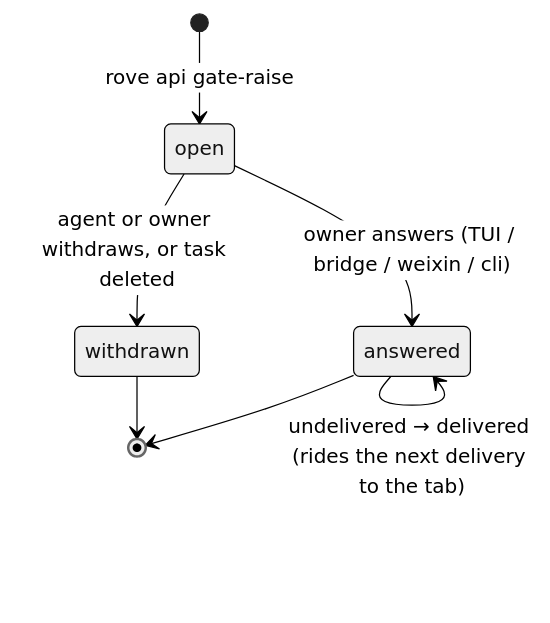
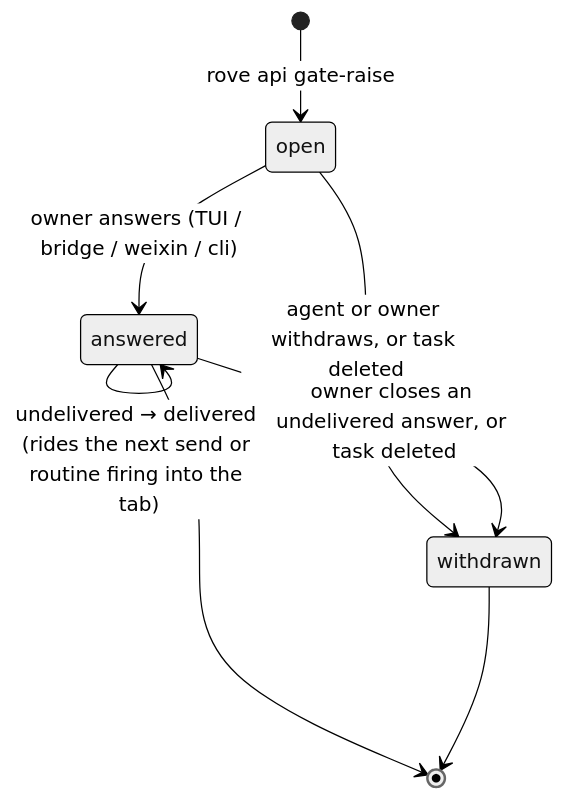
One commit to Sma1lboy/rove changed the second of 2 diagrams in docs/design/long-run-controls.md. Above: the diagram before and after it, drawn with Mermaid (neutral theme). The commit also changed other lines of this file and 14 other files, not shown here.

````diff
--- a/docs/design/long-run-controls.md
+++ b/docs/design/long-run-controls.md
@@ -290,9 +290,10 @@
 ```mermaid
 stateDiagram-v2
   [*] --> open: rove api gate-raise
   open --> answered: owner answers (TUI / bridge / weixin / cli)
   open --> withdrawn: agent or owner withdraws, or task deleted
-  answered --> answered: undelivered → delivered (rides the next delivery to the tab)
+  answered --> answered: undelivered → delivered (rides the next send or routine firing into the tab)
+  answered --> withdrawn: owner closes an undelivered answer, or task deleted
   answered --> [*]
   withdrawn --> [*]
 ```
````
